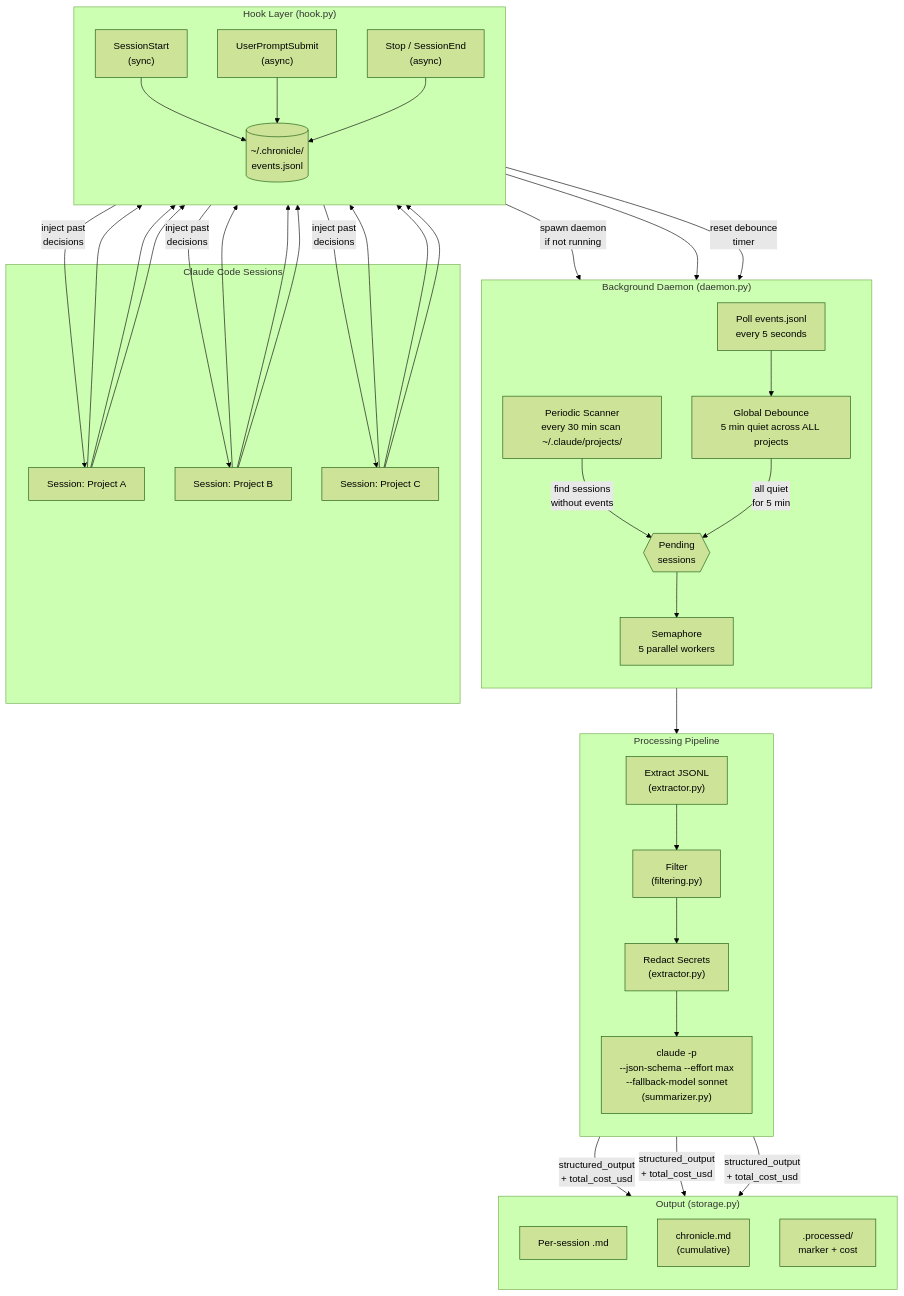
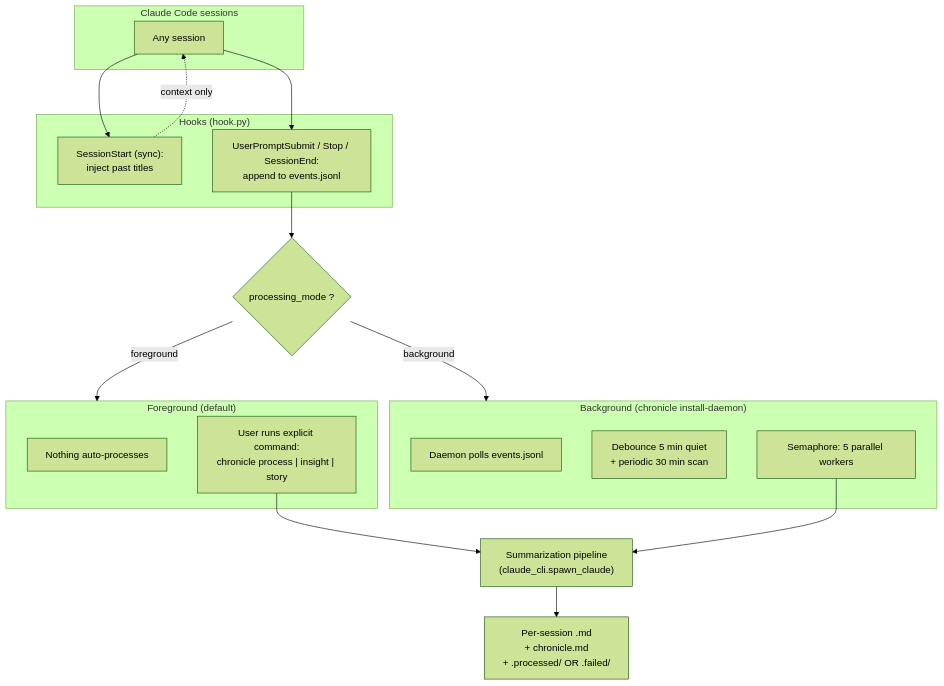
One commit to ehzawad/claudetalktoclaude changed the fourth of 16 diagrams in README.md. Above: the diagram before and after it, drawn with Mermaid (forest theme). The commit also changed other lines of this file and 14 other files, not shown here.

````diff
--- a/README.md
+++ b/README.md
@@ -193,53 +193,36 @@
 ```mermaid
 flowchart TB
-    subgraph cc["Claude Code Sessions"]
-        S1["Session: Project A"]
-        S2["Session: Project B"]
-        S3["Session: Project C"]
+    subgraph cc["Claude Code sessions"]
+        S["Any session"]
     end
 
-    subgraph hooks["Hook Layer (hook.py)"]
-        direction TB
-        SS["SessionStart<br/>(sync)"]
-        UP["UserPromptSubmit<br/>(async)"]
-        ST["Stop / SessionEnd<br/>(async)"]
-        EQ[("~/.chronicle/<br/>events.jsonl")]
+    subgraph hooks["Hooks (hook.py)"]
+        SS["SessionStart (sync):<br/>inject past titles"]
+        LOG["UserPromptSubmit / Stop / SessionEnd:<br/>append to events.jsonl"]
     end
 
-    subgraph daemon["Background Daemon (daemon.py)"]
-        direction TB
-        PL["Poll events.jsonl<br/>every 5 seconds"]
-        DE["Global Debounce<br/>5 min quiet across ALL projects"]
-        SC["Periodic Scanner<br/>every 30 min scan ~/.claude/projects/"]
-        PD{{"Pending<br/>sessions"}}
-        SEM["Semaphore<br/>5 parallel workers"]
+    MODE{"processing_mode ?"}
+
+    subgraph fg["Foreground (default)"]
+        FG1["Nothing auto-processes"]
+        FG2["User runs explicit command:<br/>chronicle process | insight | story"]
     end
 
-    subgraph pipeline["Processing Pipeline"]
-        direction TB
-        EX["Extract JSONL<br/>(extractor.py)"]
-        FI["Filter<br/>(filtering.py)"]
-        RD["Redact Secrets<br/>(extractor.py)"]
-        SM["claude -p<br/>--json-schema --effort max<br/>--fallback-model sonnet<br/>(summarizer.py)"]
+    subgraph bg["Background (chronicle install-daemon)"]
+        D1["Daemon polls events.jsonl"]
+        D2["Debounce 5 min quiet<br/>+ periodic 30 min scan"]
+        D3["Semaphore: 5 parallel workers"]
     end
 
-    subgraph output["Output (storage.py)"]
-        direction TB
-        SF["Per-session .md"]
-        CM["chronicle.md<br/>(cumulative)"]
-        MK[".processed/<br/>marker + cost"]
-    end
+    PIPE["Summarization pipeline<br/>(claude_cli.spawn_claude)"]
+    OUT["Per-session .md<br/>+ chronicle.md<br/>+ .processed/ OR .failed/"]
 
-    S1 & S2 & S3 --> SS & UP & ST
-    SS -->|"spawn daemon<br/>if not running"| PL
-    SS -->|"inject past<br/>decisions"| S1 & S2 & S3
-    SS & UP & ST --> EQ
-    EQ --> PL
-    PL --> DE
-    UP -->|"reset debounce<br/>timer"| DE
-    SC -->|"find sessions<br/>without events"| PD
-    DE -->|"all quiet<br/>for 5 min"| PD
-    PD --> SEM
-    SEM --> EX --> FI --> RD --> SM
-    SM -->|"structured_output<br/>+ total_cost_usd"| SF & CM & MK
+    S --> SS & LOG
+    SS -.->|context only| S
+    LOG --> MODE
+    MODE -->|foreground| fg
+    MODE -->|background| bg
+    FG2 --> PIPE
+    D3 --> PIPE
+    PIPE --> OUT
 ```
````
